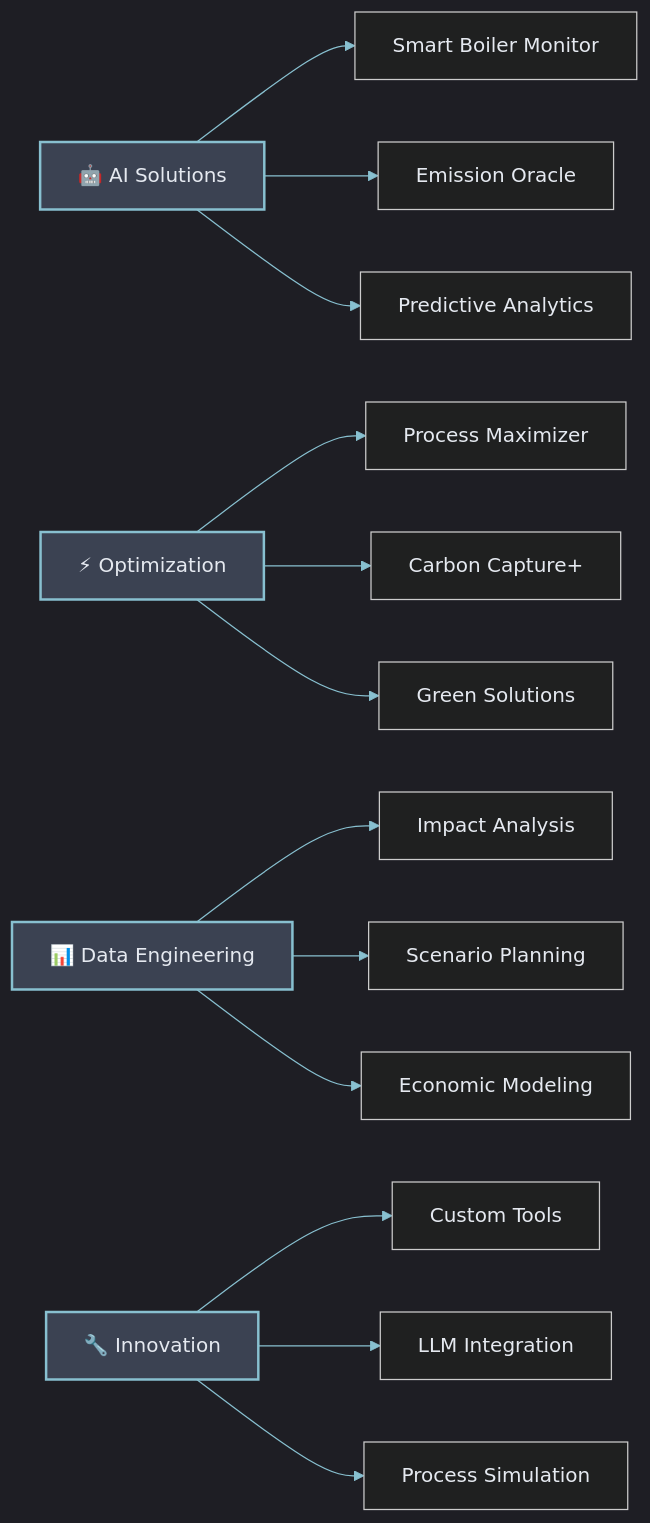
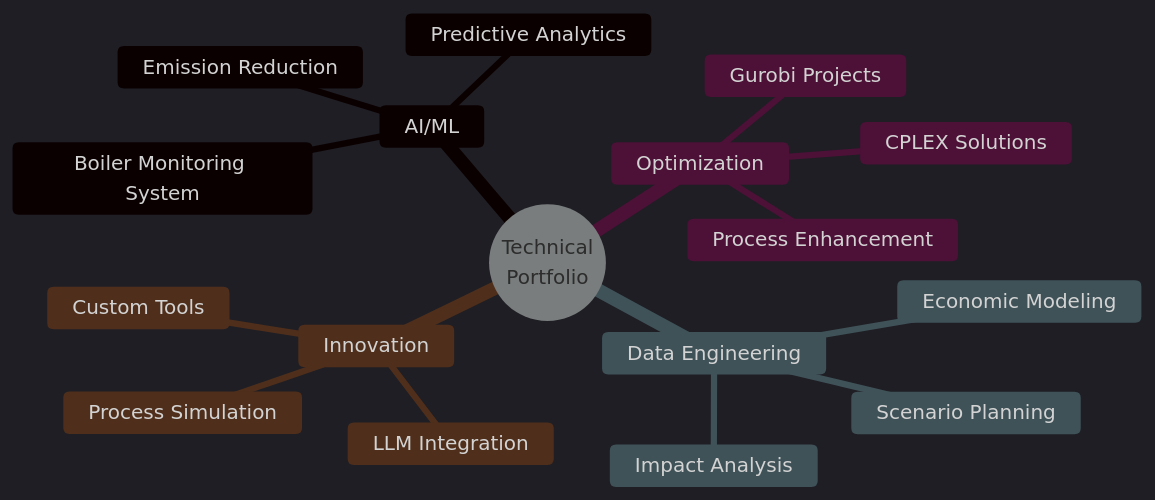
One commit to m-ahmed-elbeskeri/m-ahmed-elbeskeri changed the diagram in README.md. Above: the diagram before and after it, drawn with Mermaid. The commit also changed other lines of this file, not shown here.

````diff
--- a/README.md
+++ b/README.md
@@ -54,24 +5,21 @@
 ```mermaid
 %%{init: {'theme': 'dark', 'themeVariables': { 'primaryColor': '#2E3440', 'primaryTextColor': '#88C0D0', 'primaryBorderColor': '#4C566A', 'lineColor': '#88C0D0', 'textColor': '#E5E9F0', 'fontSize': '16px'}}}%%
-graph LR
-    A[🤖 AI Solutions] --> A1[Smart Boiler Monitor]
-    A --> A2[Emission Oracle]
-    A --> A3[Predictive Analytics]
-    
-    B[⚡ Optimization] --> B1[Process Maximizer]
-    B --> B2[Carbon Capture+]
-    B --> B3[Green Solutions]
-    
-    C[📊 Data Engineering] --> C1[Impact Analysis]
-    C --> C2[Scenario Planning]
-    C --> C3[Economic Modeling]
-    
-    D[🔧 Innovation] --> D1[Custom Tools]
-    D --> D2[LLM Integration]
-    D --> D3[Process Simulation]
-
-    style A fill:#3B4252,stroke:#88C0D0,stroke-width:2px
-    style B fill:#3B4252,stroke:#88C0D0,stroke-width:2px
-    style C fill:#3B4252,stroke:#88C0D0,stroke-width:2px
-    style D fill:#3B4252,stroke:#88C0D0,stroke-width:2px
+mindmap
+  root((Technical<br/>Portfolio))
+    AI/ML
+      Boiler Monitoring System
+      Predictive Analytics
+      Emission Reduction
+    Optimization
+      CPLEX Solutions
+      Gurobi Projects
+      Process Enhancement
+    Data Engineering
+      Impact Analysis
+      Scenario Planning
+      Economic Modeling
+    Innovation
+      Custom Tools
+      LLM Integration
+      Process Simulation
 ```
````
